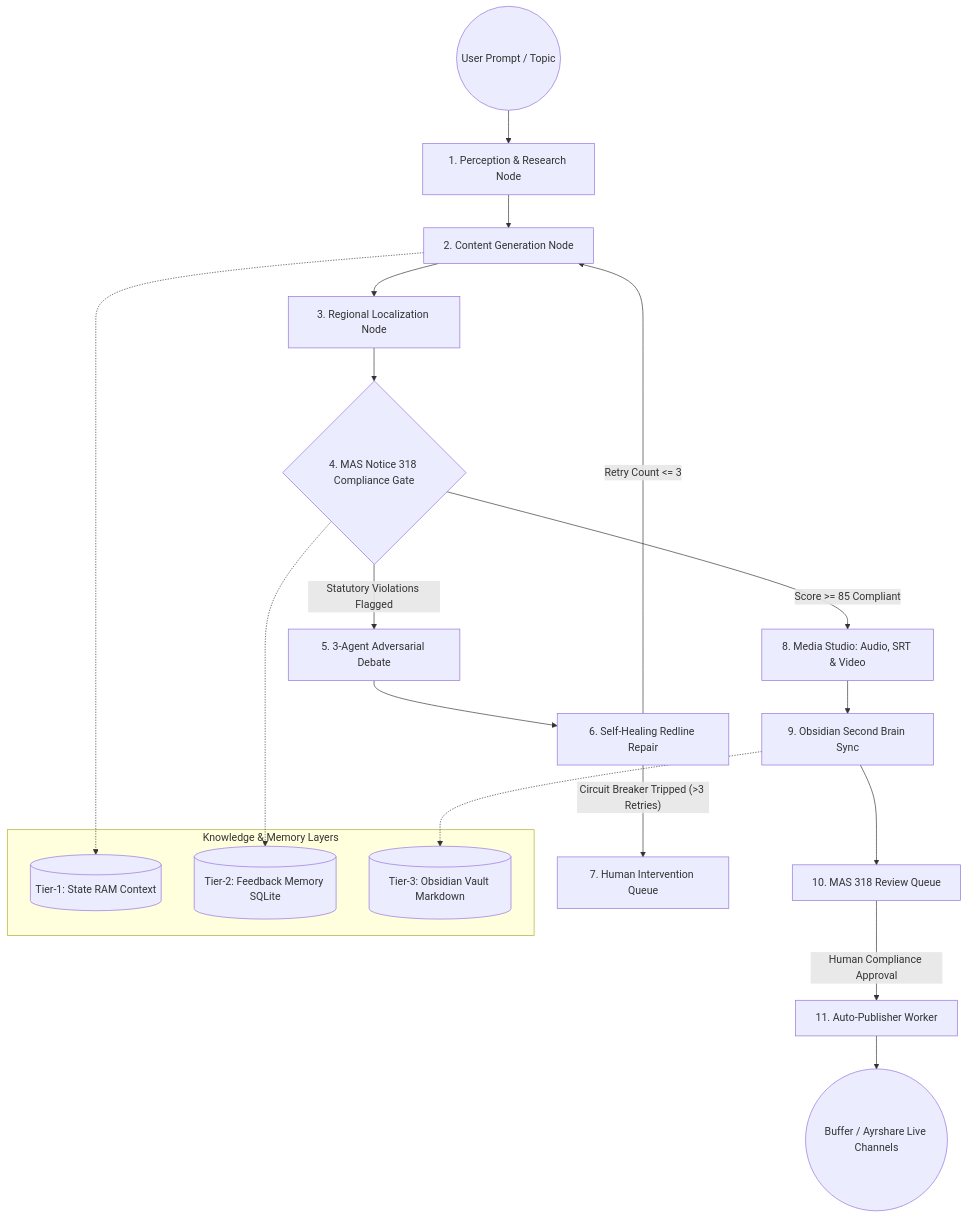
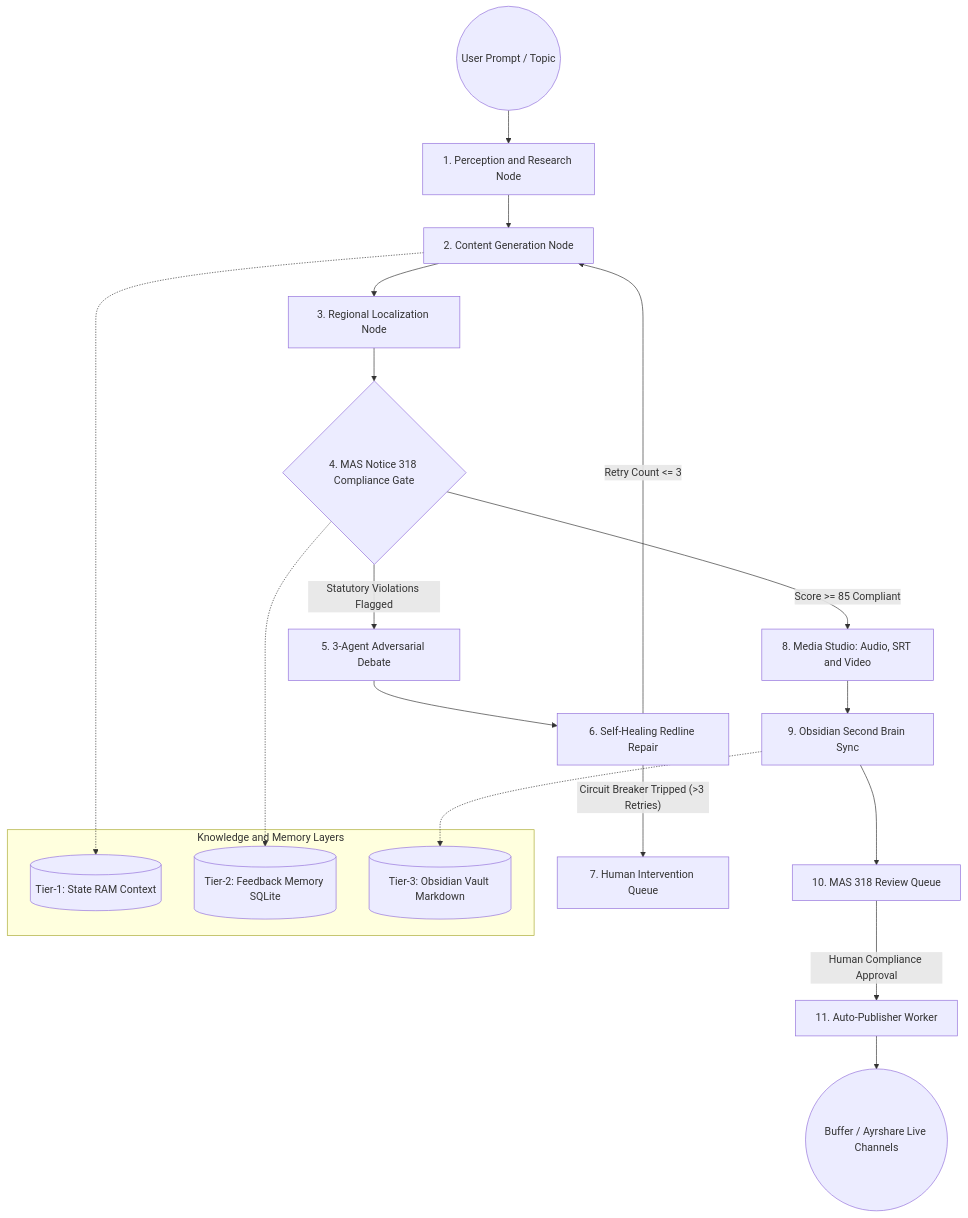
The diagram in README.md (Prarabdha7/GCICI26), drawn with Mermaid before and after one commit. The commit also changed other lines of this file and 6 other files, not shown here.

````diff
--- a/README.md
+++ b/README.md
@@ -117,29 +127,29 @@
 ```mermaid
 graph TD
-    Start((User Prompt / Topic)) --> Research[1. Perception & Research Node]
+    Start((User Prompt / Topic)) --> Research[1. Perception and Research Node]
     Research --> Content[2. Content Generation Node]
     Content --> Localize[3. Regional Localization Node]
     Localize --> Audit{4. MAS Notice 318 Compliance Gate}
 
     Audit -- "Statutory Violations Flagged" --> Debate[5. 3-Agent Adversarial Debate]
     Debate --> Healer[6. Self-Healing Redline Repair]
     Healer -- "Retry Count <= 3" --> Content
     Healer -- "Circuit Breaker Tripped (>3 Retries)" --> ManualQueue[7. Human Intervention Queue]
 
-    Audit -- "Score >= 85 Compliant" --> Media[8. Media Studio: Audio, SRT & Video]
+    Audit -- "Score >= 85 Compliant" --> Media[8. Media Studio: Audio, SRT and Video]
     Media --> Vault[9. Obsidian Second Brain Sync]
     Vault --> ReviewQueue[10. MAS 318 Review Queue]
     
     ReviewQueue -- "Human Compliance Approval" --> PublisherWorker[11. Auto-Publisher Worker]
     PublisherWorker --> LiveSocials((Buffer / Ayrshare Live Channels))
 
-    subgraph "Knowledge & Memory Layers"
+    subgraph "Knowledge and Memory Layers"
         M1[(Tier-1: State RAM Context)]
         M2[(Tier-2: Feedback Memory SQLite)]
         M3[(Tier-3: Obsidian Vault Markdown)]
     end
 
     Content -.-> M1
     Audit -.-> M2
     Vault -.-> M3
 ```
````
